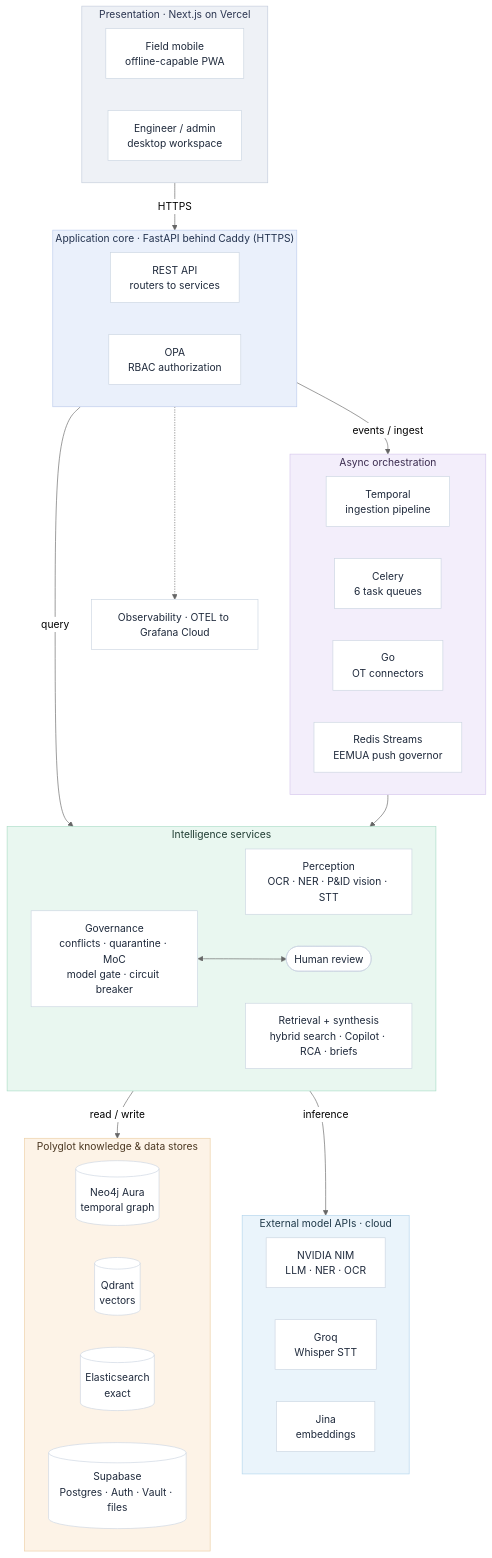
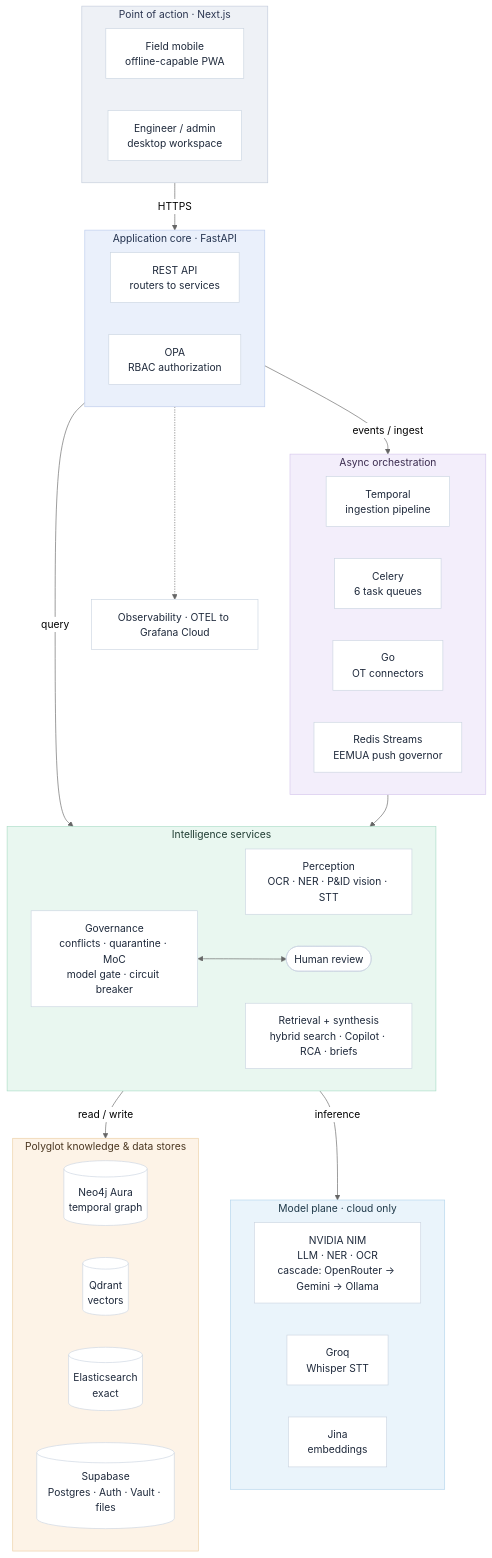
Before and after one commit to kr1shnasomani/kairos: the diagram in README.md, drawn with Mermaid (neutral theme). The commit also changed 18 other files, not shown here.

Commit message:
docs: add system design documentation and Mermaid architectural diagrams

````diff
--- a/README.md
+++ b/README.md
@@ -55,80 +55,80 @@
 ```mermaid
 ---
 config:
   layout: dagre
 ---
 flowchart TB
- subgraph CLIENT["Presentation · Next.js on Vercel"]
+ subgraph CLIENT["Point of action · Next.js"]
     direction LR
         FE1["Field mobile<br>offline-capable PWA"]
         FE2["Engineer / admin<br>desktop workspace"]
   end
- subgraph CORE["Application core · FastAPI behind Caddy (HTTPS)"]
+ subgraph CORE["Application core · FastAPI"]
     direction LR
         API["REST API<br>routers to services"]
         OPA["OPA<br>RBAC authorization"]
   end
  subgraph ORCH["Async orchestration"]
     direction LR
         TMP["Temporal<br>ingestion pipeline"]
         CEL["Celery<br>6 task queues"]
         GO["Go<br>OT connectors"]
         BUS["Redis Streams<br>EEMUA push governor"]
   end
  subgraph SVC["Intelligence services"]
     direction LR
         PERC["Perception<br>OCR · NER · P&amp;ID vision · STT"]
         SYN["Retrieval + synthesis<br>hybrid search · Copilot · RCA · briefs"]
         GOVN["Governance<br>conflicts · quarantine · MoC<br>model gate · circuit breaker"]
         HUM(["Human review"])
   end
  subgraph DATA["Polyglot knowledge & data stores"]
     direction LR
         NEO[("Neo4j Aura<br>temporal graph")]
         QD[("Qdrant<br>vectors")]
         ES[("Elasticsearch<br>exact")]
         SUPA[("Supabase<br>Postgres · Auth · Vault · files")]
   end
- subgraph EXT["External model APIs · cloud"]
+ subgraph EXT["Model plane · cloud only"]
     direction LR
-        NIM["NVIDIA NIM<br>LLM · NER · OCR"]
+        NIM["NVIDIA NIM<br>LLM · NER · OCR<br>cascade: OpenRouter → Gemini → Ollama"]
         GROQ["Groq<br>Whisper STT"]
         JINA["Jina<br>embeddings"]
   end
     CLIENT -- HTTPS --> CORE
     CORE -- events / ingest --> ORCH
     CORE -- query --> SVC
     ORCH --> SVC
     SVC -- read / write --> DATA
     SVC -- inference --> EXT
     GOVN <--> HUM
     CORE -.-> OBS["Observability · OTEL to Grafana Cloud"]
 
      FE1:::box
      FE2:::box
      API:::box
      OPA:::box
      TMP:::box
      CEL:::box
      GO:::box
      BUS:::box
      PERC:::box
      SYN:::box
      GOVN:::box
      HUM:::box
      NEO:::box
      QD:::box
      ES:::box
      SUPA:::box
      NIM:::box
      GROQ:::box
      JINA:::box
      OBS:::box
     classDef box fill:#ffffff,stroke:#cbd5e1,color:#1e293b
     style CLIENT fill:#eef1f6,stroke:#c3ccdb,color:#2b3550
     style CORE fill:#eaf0fb,stroke:#bcccec,color:#23324e
     style ORCH fill:#f3eefb,stroke:#d6c6ec,color:#3a2b4e
     style SVC fill:#e9f7f0,stroke:#aadcc6,color:#1e3b32
     style DATA fill:#fdf3e7,stroke:#eccfa4,color:#4a3620
     style EXT fill:#eaf4fb,stroke:#b3d5ec,color:#1f3949
 ```
````
